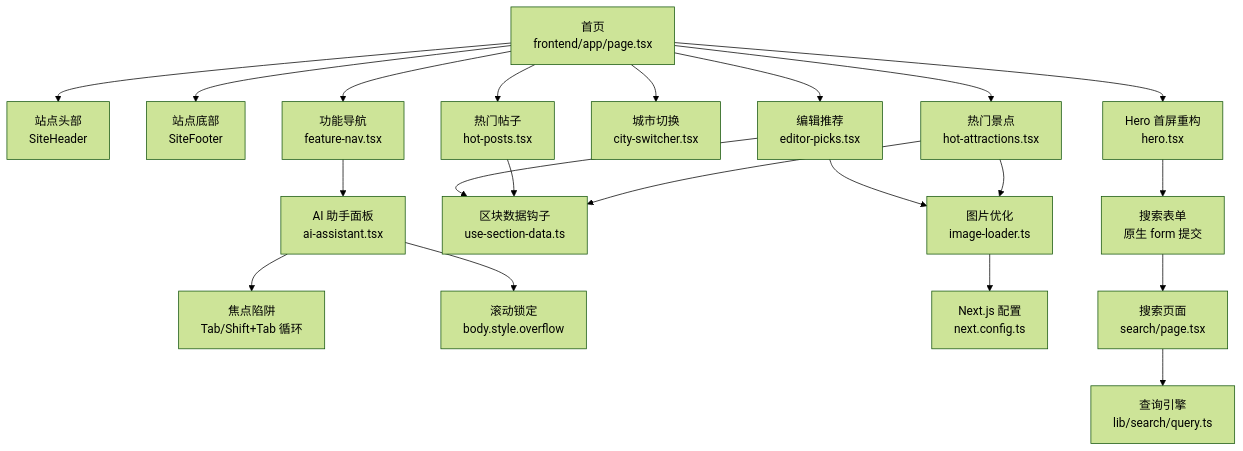
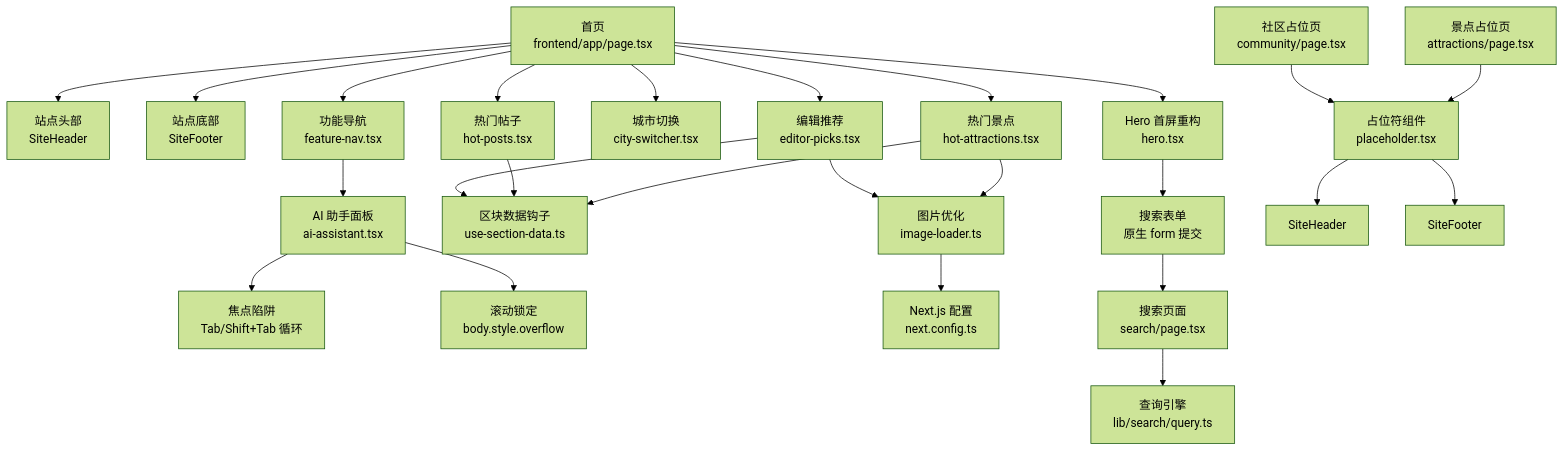
The first of 15 diagrams in .qoder/repowiki/zh/content/规格驱动开发/WanderChain 首页规格文档/WanderChain 首页规格文档.md (luyitiger6/my-first-project), drawn with Mermaid (forest theme) before and after one commit. The commit also changed other lines of this file and 33 other files, not shown here.

````diff
--- a/.qoder/repowiki/zh/content/规格驱动开发/WanderChain 首页规格文档/WanderChain 首页规格文档.md
+++ b/.qoder/repowiki/zh/content/规格驱动开发/WanderChain 首页规格文档/WanderChain 首页规格文档.md
@@ -73,23 +78,27 @@
 ```mermaid
 graph TB
 Home["首页<br/>frontend/app/page.tsx"] --> Header["站点头部<br/>SiteHeader"]
 Home --> Footer["站点底部<br/>SiteFooter"]
 Home --> Hero["Hero 首屏重构<br/>hero.tsx"]
 Home --> FeatureNav["功能导航<br/>feature-nav.tsx"]
 Home --> CitySwitcher["城市切换<br/>city-switcher.tsx"]
 Home --> EditorPicks["编辑推荐<br/>editor-picks.tsx"]
 Home --> HotPosts["热门帖子<br/>hot-posts.tsx"]
 Home --> HotAttractions["热门景点<br/>hot-attractions.tsx"]
 FeatureNav --> AiAssistant["AI 助手面板<br/>ai-assistant.tsx"]
 EditorPicks --> UseSection["区块数据钩子<br/>use-section-data.ts"]
 HotPosts --> UseSection
 HotAttractions --> UseSection
 AiAssistant --> FocusTrap["焦点陷阱<br/>Tab/Shift+Tab 循环"]
 AiAssistant --> ScrollLock["滚动锁定<br/>body.style.overflow"]
 EditorPicks --> ImageOptimization["图片优化<br/>image-loader.ts"]
 HotAttractions --> ImageOptimization
 ImageOptimization --> NextConfig["Next.js 配置<br/>next.config.ts"]
 Hero --> SearchForm["搜索表单<br/>原生 form 提交"]
 SearchForm --> SearchPage["搜索页面<br/>search/page.tsx"]
 SearchPage --> QueryEngine["查询引擎<br/>lib/search/query.ts"]
+CommunityPage["社区占位页<br/>community/page.tsx"] --> Placeholder["占位符组件<br/>placeholder.tsx"]
+AttractionsPage["景点占位页<br/>attractions/page.tsx"] --> Placeholder
+Placeholder --> SiteHeader
+Placeholder --> SiteFooter
 ```
````
